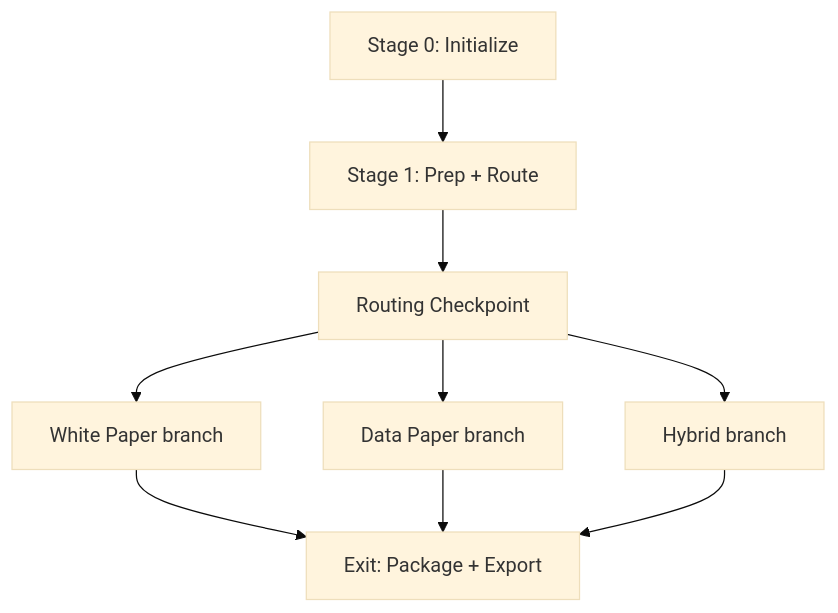
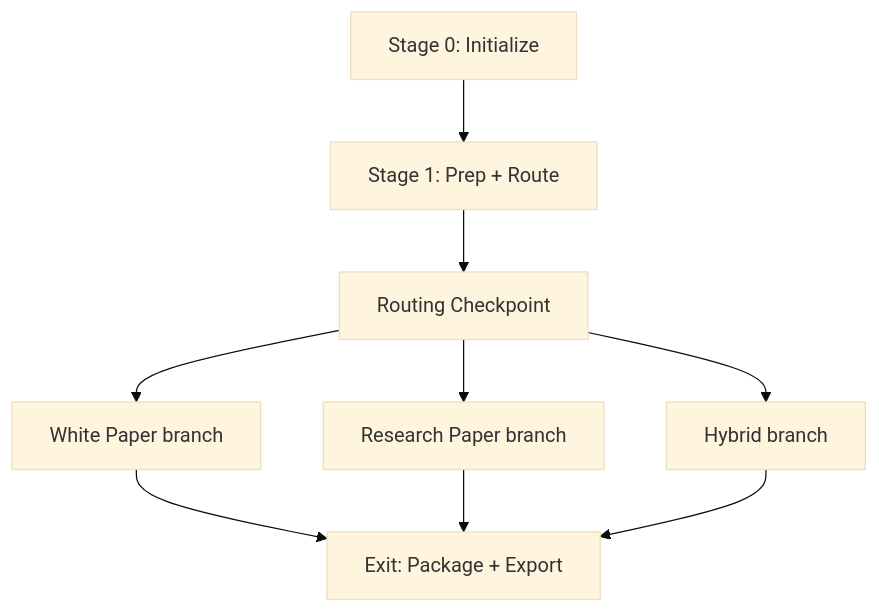
One commit to athan-dial/folio changed the diagram in references/workflow.md. Above: the diagram before and after it, drawn with Mermaid (base theme). The commit also changed other lines of this file and 42 other files, not shown here.

````diff
--- a/references/workflow.md
+++ b/references/workflow.md
@@ -21,18 +21,18 @@
 ```mermaid
 flowchart TD
   S0[Stage 0: Initialize]
   S1[Stage 1: Prep + Route]
   RC[Routing Checkpoint]
   WP[White Paper branch]
-  DP[Data Paper branch]
+  DP[Research Paper branch]
   HY[Hybrid branch]
   EX[Exit: Package + Export]
 
   S0 --> S1 --> RC
   RC --> WP
   RC --> DP
   RC --> HY
   WP --> EX
   DP --> EX
   HY --> EX
 ```
````
